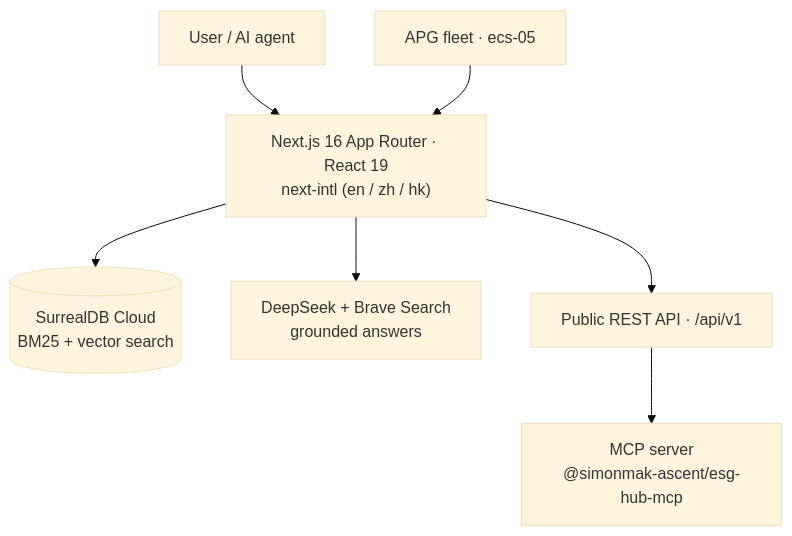
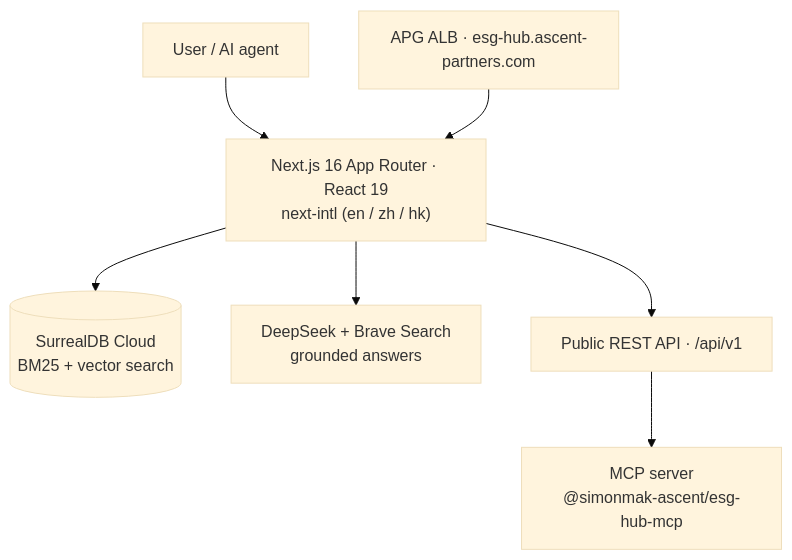
One commit to simonmak-ascent/esg-hub changed the first of 4 diagrams in README.md. Above: the diagram before and after it, drawn with Mermaid (base theme). The commit also changed other lines of this file, not shown here.

First line of the commit message:
docs(readme): the deployment is a container behind the ALB (#127)

````diff
--- a/README.md
+++ b/README.md
@@ -26,9 +26,9 @@
 ```mermaid
 flowchart TB
   U["User / AI agent"] --> WEB["Next.js 16 App Router · React 19<br/>next-intl (en / zh / hk)"]
   WEB --> DB[("SurrealDB Cloud<br/>BM25 + vector search")]
   WEB --> AI["DeepSeek + Brave Search<br/>grounded answers"]
   WEB --> API["Public REST API · /api/v1"]
   API --> MCP["MCP server<br/>@simonmak-ascent/esg-hub-mcp"]
-  V["APG fleet · ecs-05"] --> WEB
+  V["APG ALB · esg-hub.ascent-partners.com"] --> WEB
 ```
````
